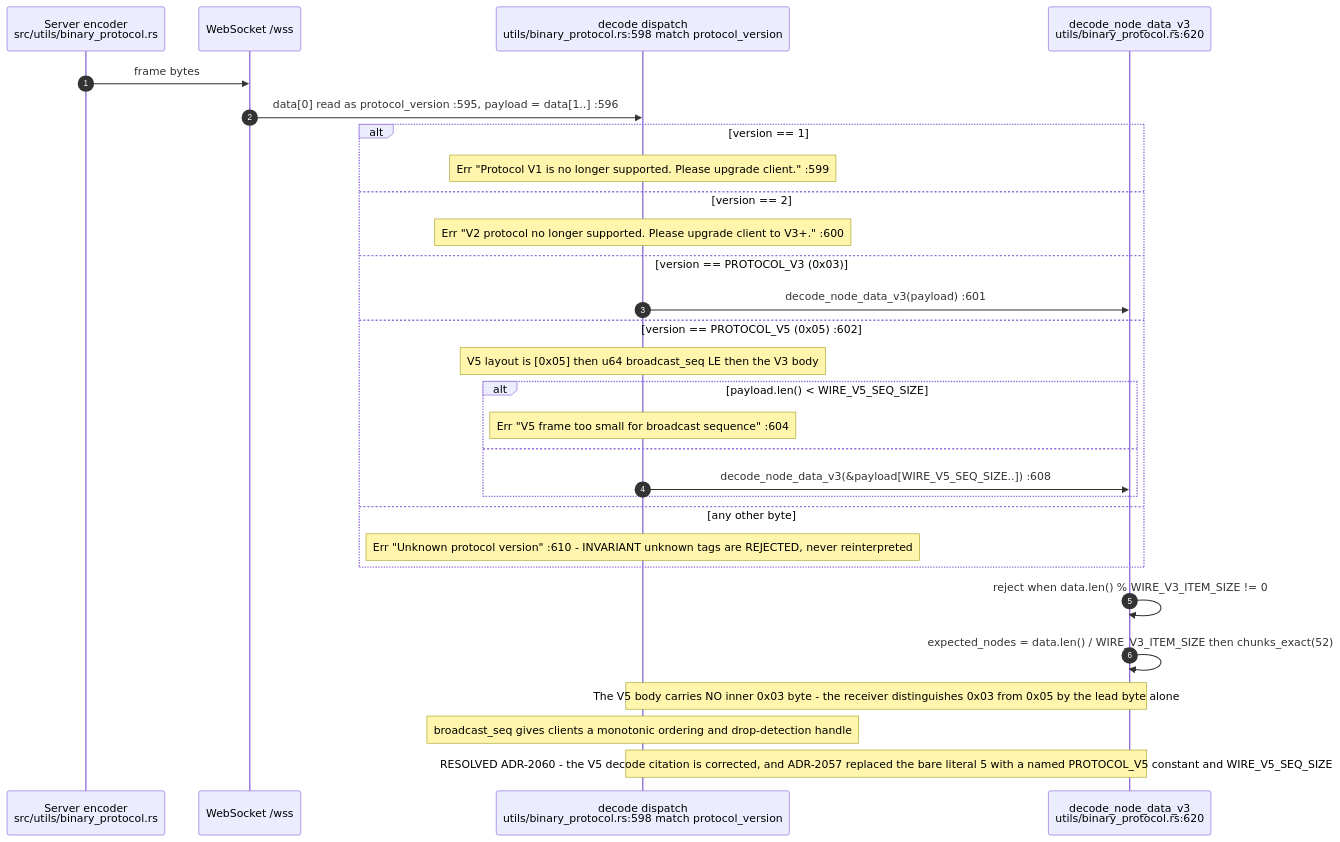
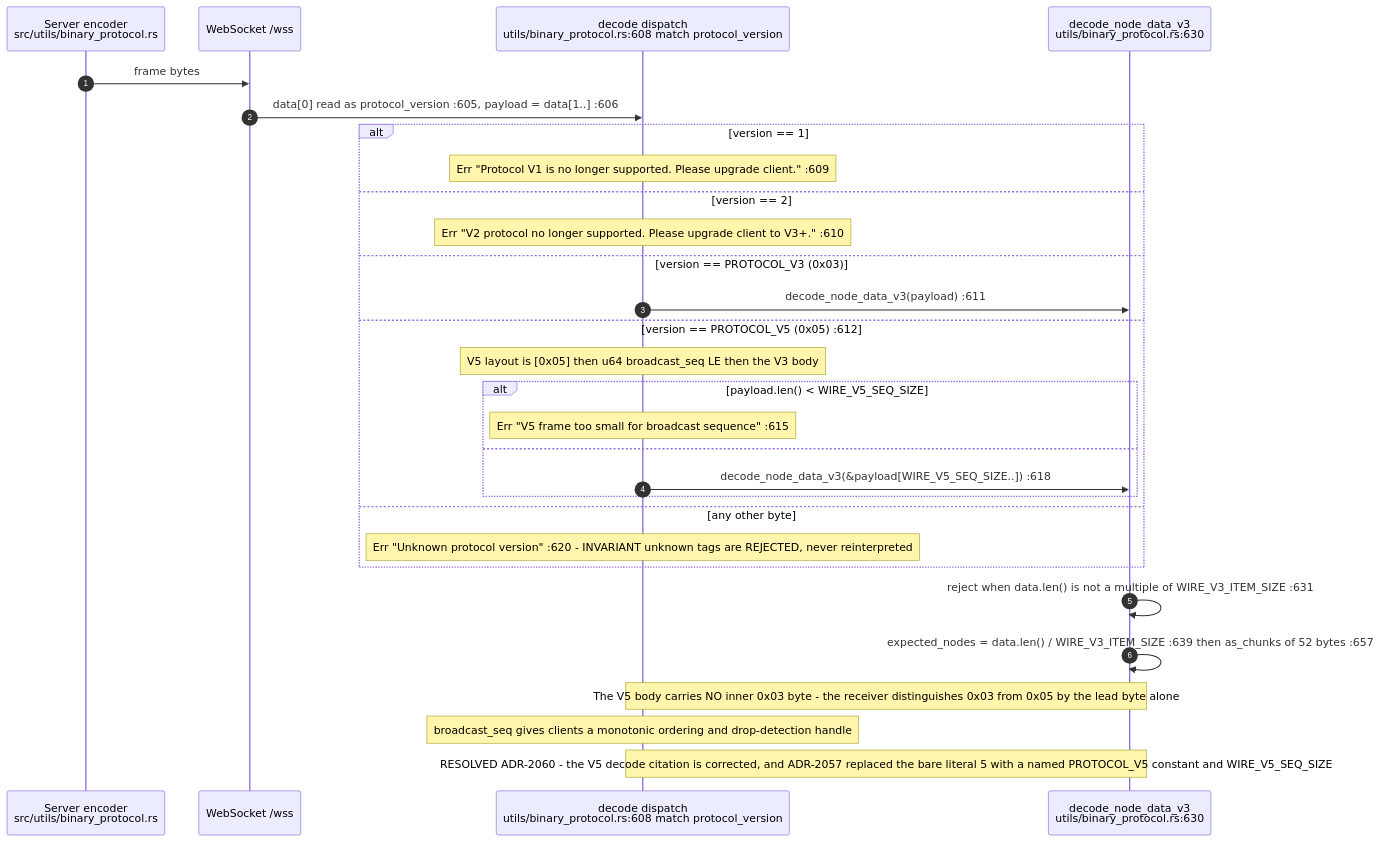
The fourth of 10 diagrams in docs/diagrams/visionclaw/14-wire-frames-and-tag-registry.md (DreamLab-AI/VisionFlow), drawn with Mermaid before and after one commit. The commit also changed other lines of this file and 160 other files, not shown here.

````diff
--- a/docs/diagrams/visionclaw/14-wire-frames-and-tag-registry.md
+++ b/docs/diagrams/visionclaw/14-wire-frames-and-tag-registry.md
@@ -137,32 +149,32 @@
 ```mermaid
 sequenceDiagram
     autonumber
     participant SRV as Server encoder<br/>src/utils/binary_protocol.rs
     participant SOCK as WebSocket /wss
-    participant DEC as decode dispatch<br/>utils/binary_protocol.rs:598 match protocol_version
-    participant V3 as decode_node_data_v3<br/>utils/binary_protocol.rs:620
+    participant DEC as decode dispatch<br/>utils/binary_protocol.rs:608 match protocol_version
+    participant V3 as decode_node_data_v3<br/>utils/binary_protocol.rs:630
 
     SRV->>SOCK: frame bytes
-    SOCK->>DEC: data[0] read as protocol_version :595, payload = data[1..] :596
+    SOCK->>DEC: data[0] read as protocol_version :605, payload = data[1..] :606
     alt version == 1
-        Note over DEC: Err "Protocol V1 is no longer supported. Please upgrade client." :599
+        Note over DEC: Err "Protocol V1 is no longer supported. Please upgrade client." :609
     else version == 2
-        Note over DEC: Err "V2 protocol no longer supported. Please upgrade client to V3+." :600
+        Note over DEC: Err "V2 protocol no longer supported. Please upgrade client to V3+." :610
     else version == PROTOCOL_V3 (0x03)
-        DEC->>V3: decode_node_data_v3(payload) :601
-    else version == PROTOCOL_V5 (0x05) :602
+        DEC->>V3: decode_node_data_v3(payload) :611
+    else version == PROTOCOL_V5 (0x05) :612
         Note over DEC: V5 layout is [0x05] then u64 broadcast_seq LE then the V3 body
         alt payload.len() < WIRE_V5_SEQ_SIZE
-            Note over DEC: Err "V5 frame too small for broadcast sequence" :604
+            Note over DEC: Err "V5 frame too small for broadcast sequence" :615
         else
-            DEC->>V3: decode_node_data_v3(&payload[WIRE_V5_SEQ_SIZE..]) :608
+            DEC->>V3: decode_node_data_v3(&payload[WIRE_V5_SEQ_SIZE..]) :618
         end
     else any other byte
-        Note over DEC: Err "Unknown protocol version" :610 - INVARIANT unknown tags are REJECTED, never reinterpreted
+        Note over DEC: Err "Unknown protocol version" :620 - INVARIANT unknown tags are REJECTED, never reinterpreted
     end
-    V3->>V3: reject when data.len() % WIRE_V3_ITEM_SIZE != 0
-    V3->>V3: expected_nodes = data.len() / WIRE_V3_ITEM_SIZE then chunks_exact(52)
+    V3->>V3: reject when data.len() is not a multiple of WIRE_V3_ITEM_SIZE :631
+    V3->>V3: expected_nodes = data.len() / WIRE_V3_ITEM_SIZE :639 then as_chunks of 52 bytes :657
     Note over DEC,V3: The V5 body carries NO inner 0x03 byte - the receiver distinguishes 0x03 from 0x05 by the lead byte alone
     Note over DEC: broadcast_seq gives clients a monotonic ordering and drop-detection handle
     Note over DEC,V3: RESOLVED ADR-2060 - the V5 decode citation is corrected, and ADR-2057 replaced the bare literal 5 with a named PROTOCOL_V5 constant and WIRE_V5_SEQ_SIZE
 ```
````
